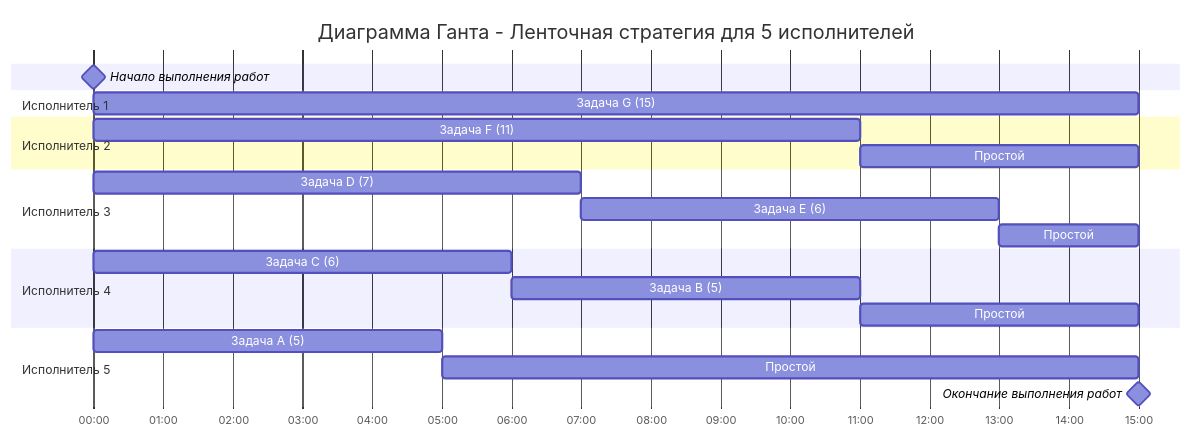
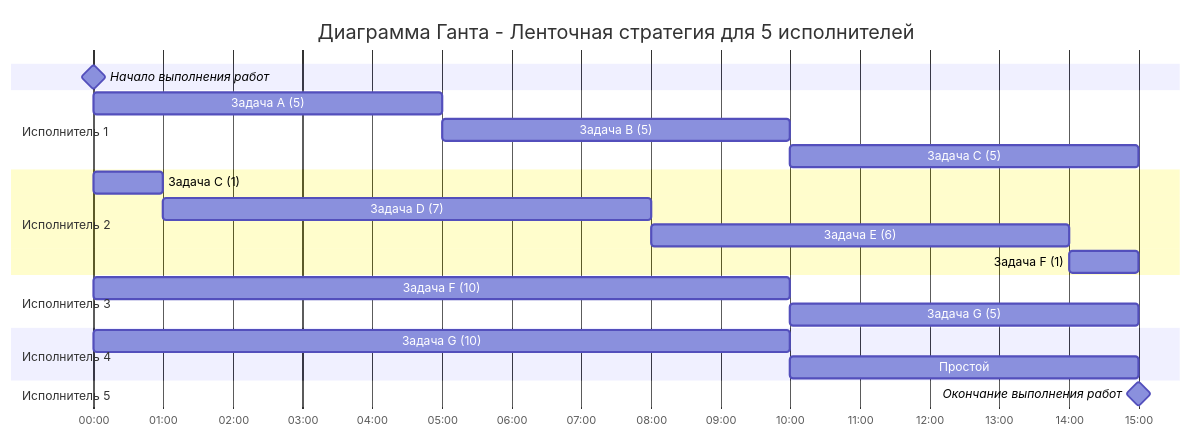
The first of 2 diagrams in Задание 8/Task8.md (hse-algo-psapr-25/manual-tasks), drawn with Mermaid before and after one commit.

Commit message:
Работа над ошибкой

````diff
--- a/Задание 8/Task8.md
+++ b/Задание 8/Task8.md
@@ -31,24 +31,24 @@
 ```mermaid
 gantt
     title Диаграмма Ганта - Ленточная стратегия для 5 исполнителей
     dateFormat  HH:mm    
     axisFormat %H:%M
     Начало выполнения работ : milestone, m1, 00:00, 0h
 section Исполнитель 1
-    Задача G (15) :a1, 00:00, 15h 
+    Задача A (5) :a1, 00:00, 5h
+    Задача B (5) :b1, 05:00, 5h
+    Задача C (5) :d1, 10:00, 5h
 section Исполнитель 2
-    Задача F (11) :b1, 00:00, 11h
-    Простой :b2, after b1, 4h
+    Задача C (1) :d1, 00:00, 1h
+    Задача D (7) :c1, 01:00, 7h
+    Задача E (6) :c2, 08:00, 6h
+    Задача F (1) :d1, 14:00, 1h
 section Исполнитель 3
-    Задача D (7) :c1, 00:00, 7h
-    Задача E (6) :c2, after c1, 6h
-    Простой :c3, after c2, 2h
+    Задача F (10) :d1, 00:00, 10h
+    Задача G (5) :d1, 10:00, 5h
 section Исполнитель 4
-    Задача C (6) :d1, 00:00, 6h
-    Задача B (5) :d2, after d1, 5h
-    Простой :d3, after d2, 4h
+    Задача G (10) :d1, 00:00, 10h
+    Простой :d2, after d1, 5h
     section Исполнитель 5
-    Задача A (5) :e1, 00:00, 5h
-    Простой :e2, after e1, 10h
     Окончание выполнения работ : milestone, m2, 15:00, 0h
 ```
````
